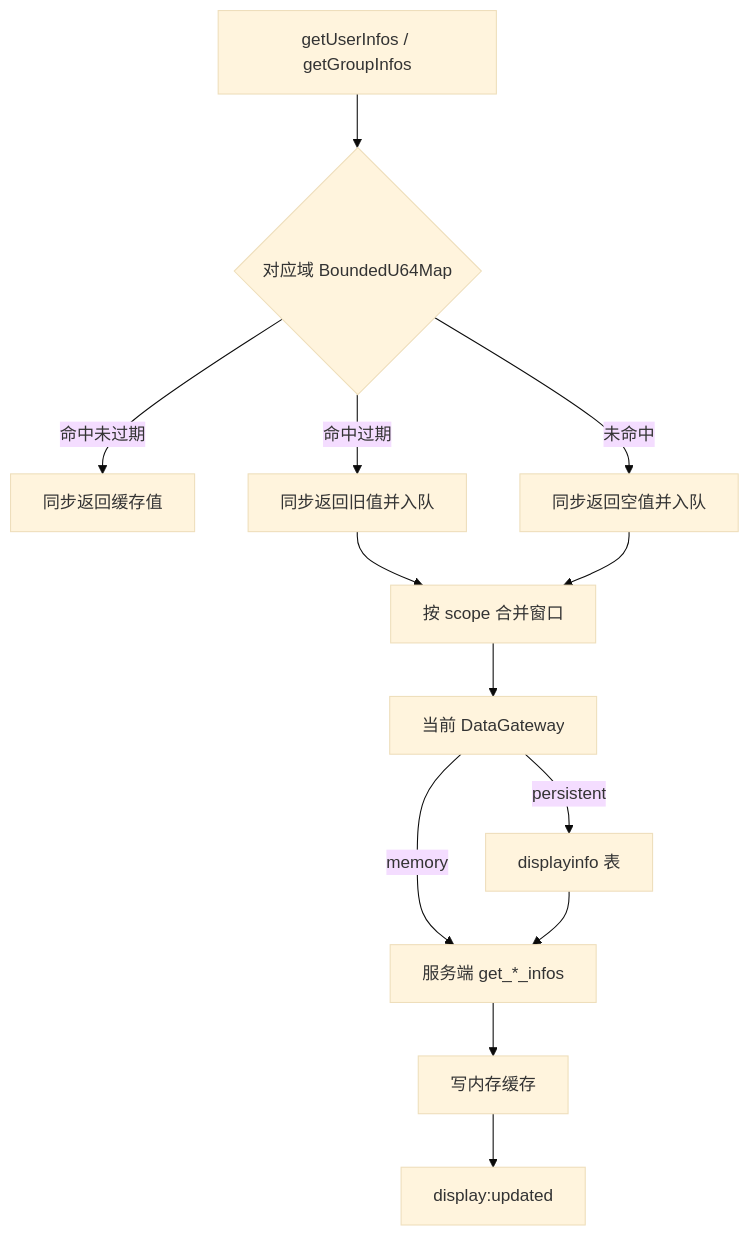
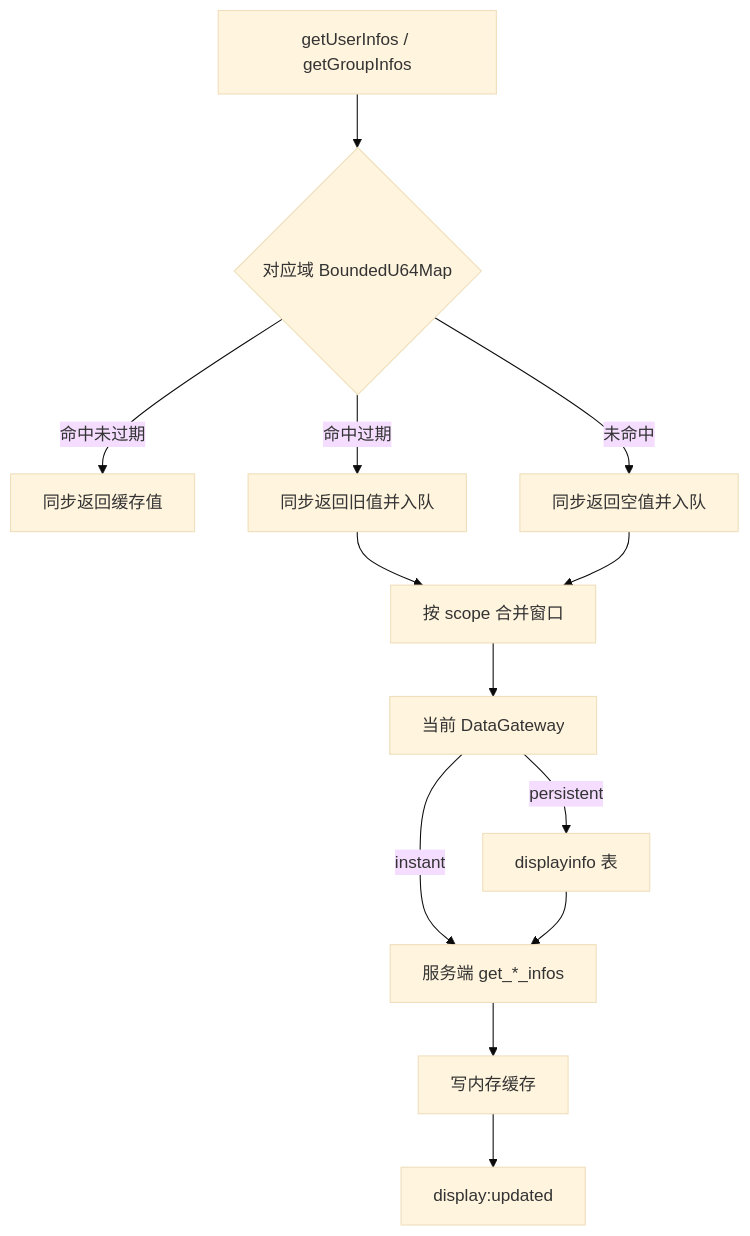
The fourth of 4 diagrams in docs/frontend/sdk设计方案.md (dacez/yimsg), drawn with Mermaid (base theme) before and after one commit. The commit also changed other lines of this file and 43 other files, not shown here.

First line of the commit message:
SDK 公开接口的会话模式命名由 memory 改为 instant（即时模式）

````diff
--- a/docs/frontend/sdk设计方案.md
+++ b/docs/frontend/sdk设计方案.md
@@ -356,15 +356,15 @@
 ```mermaid
 flowchart TD
   Read[getUserInfos / getGroupInfos] --> Cache{对应域 BoundedU64Map}
   Cache -->|命中未过期| ReturnFresh[同步返回缓存值]
   Cache -->|命中过期| ReturnStale[同步返回旧值并入队]
   Cache -->|未命中| ReturnEmpty[同步返回空值并入队]
   ReturnStale --> Merge[按 scope 合并窗口]
   ReturnEmpty --> Merge
   Merge --> DG[当前 DataGateway]
-  DG -->|memory| Remote[服务端 get_*_infos]
+  DG -->|instant| Remote[服务端 get_*_infos]
   DG -->|persistent| Local[displayinfo 表]
   Local --> Remote
   Remote --> Update[写内存缓存]
   Update --> Event[display:updated]
 ```
````
